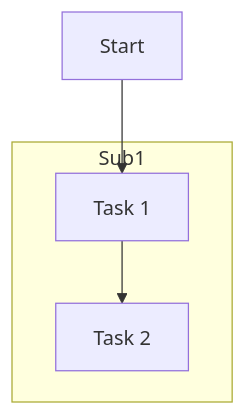
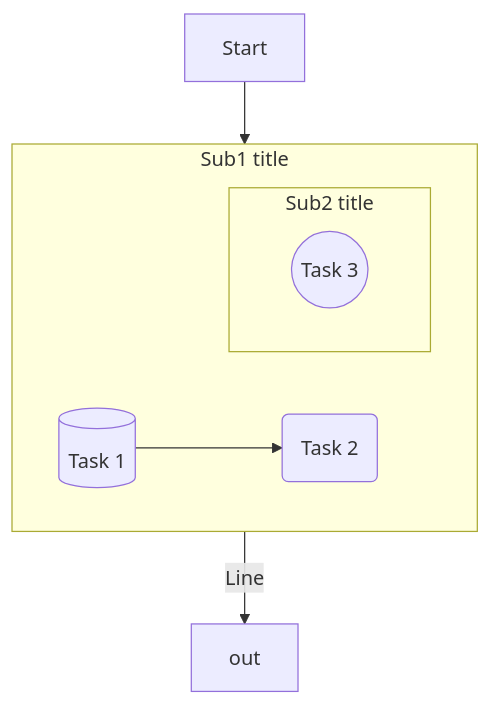
The third of 14 diagrams in Markdown/mermaid.md (CSpyridakis/notes), drawn with Mermaid before and after one commit. The commit also changed other lines of this file, not shown here.

Commit message:
Mermaid updated

````diff
--- a/Markdown/mermaid.md
+++ b/Markdown/mermaid.md
@@ -59,11 +78,21 @@
 ```mermaid
 flowchart TD
   A[Start]
 
-  subgraph Sub1
-    B[Task 1]
-    C[Task 2]
+  %% Sub 1
+  subgraph Sub1["Sub1 title"]
+    direction LR
+    B[(Task 1)]
+    C(Task 2)
+
+    %% Sub 2
+    subgraph Sub2["Sub2 title"]
+      direction LR
+      D((Task 3))
+    end
   end
 
+  %% Connections
   A --> B --> C
+  Sub2 -- Line --> H[out]
 ```
````
